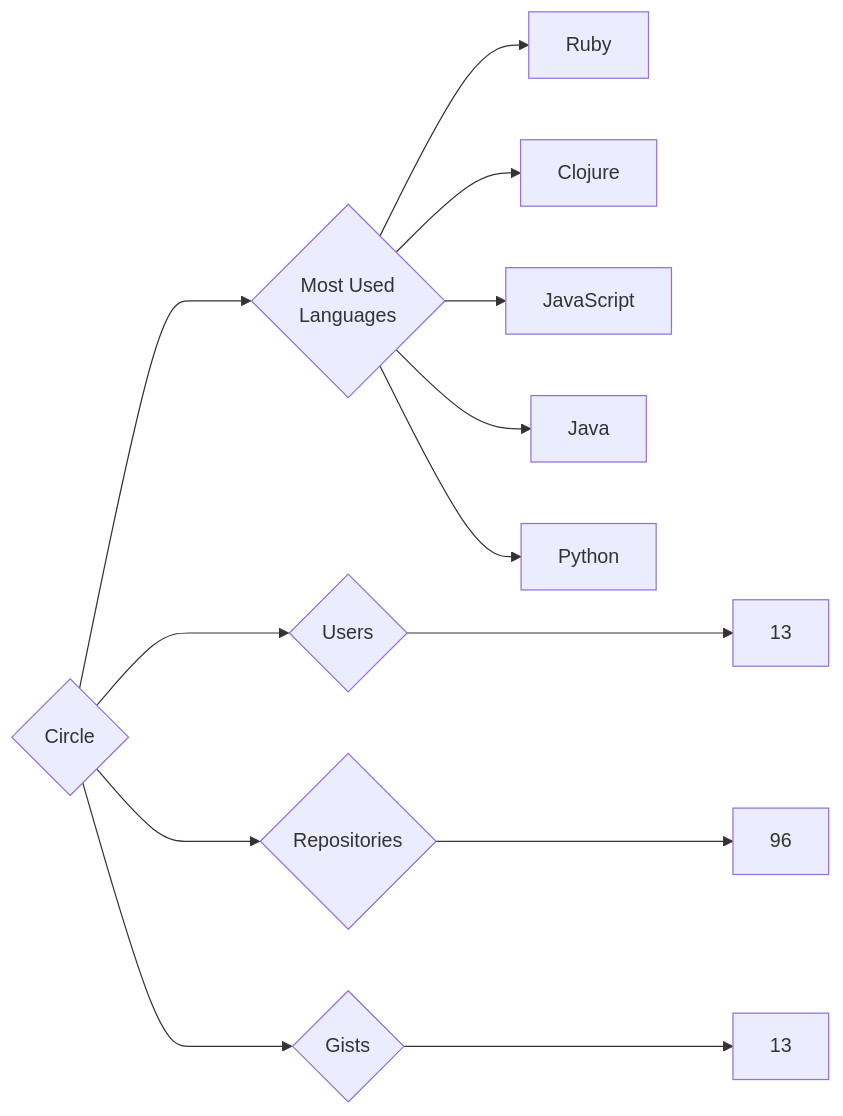
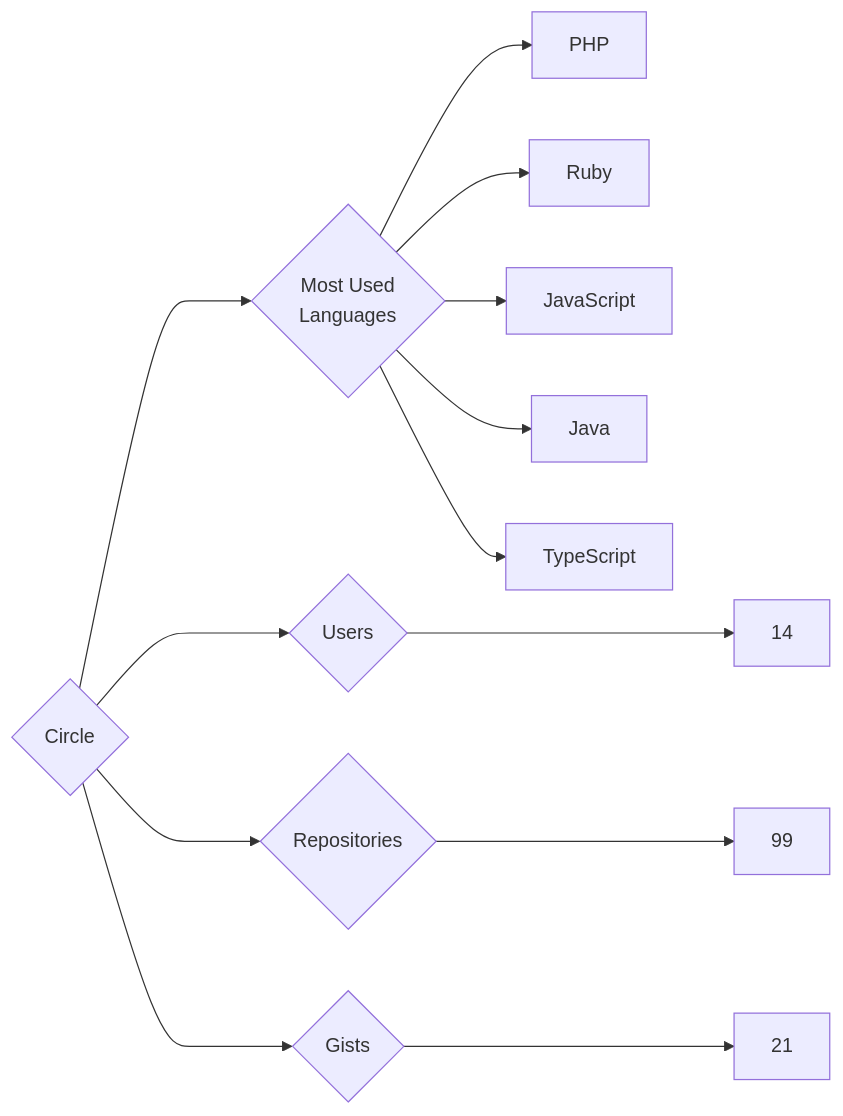
One commit to trickest/insiders changed the diagram in targets/Circle/README.md. Above: the diagram before and after it, drawn with Mermaid. The commit also changed 823 other files, not shown here.

````diff
--- a/targets/Circle/README.md
+++ b/targets/Circle/README.md
@@ -3,13 +3,13 @@
 ```mermaid
 graph LR
 COMPANY_NAME{Circle}
-COMPANY_NAME ---> U{Users} ---> UN[13]
-COMPANY_NAME ---> R{Repositories} ---> RN[96]
-COMPANY_NAME ---> G{Gists} ---> GN[13]
+COMPANY_NAME ---> U{Users} ---> UN[14]
+COMPANY_NAME ---> R{Repositories} ---> RN[99]
+COMPANY_NAME ---> G{Gists} ---> GN[21]
 COMPANY_NAME ---> ML{Most Used<br>Languages}
+ML --> PHP[PHP]
 ML --> Ruby[Ruby]
-ML --> Clojure[Clojure]
 ML --> JavaScript[JavaScript]
 ML --> Java[Java]
-ML --> Python[Python]
+ML --> TypeScript[TypeScript]
 ```
````
